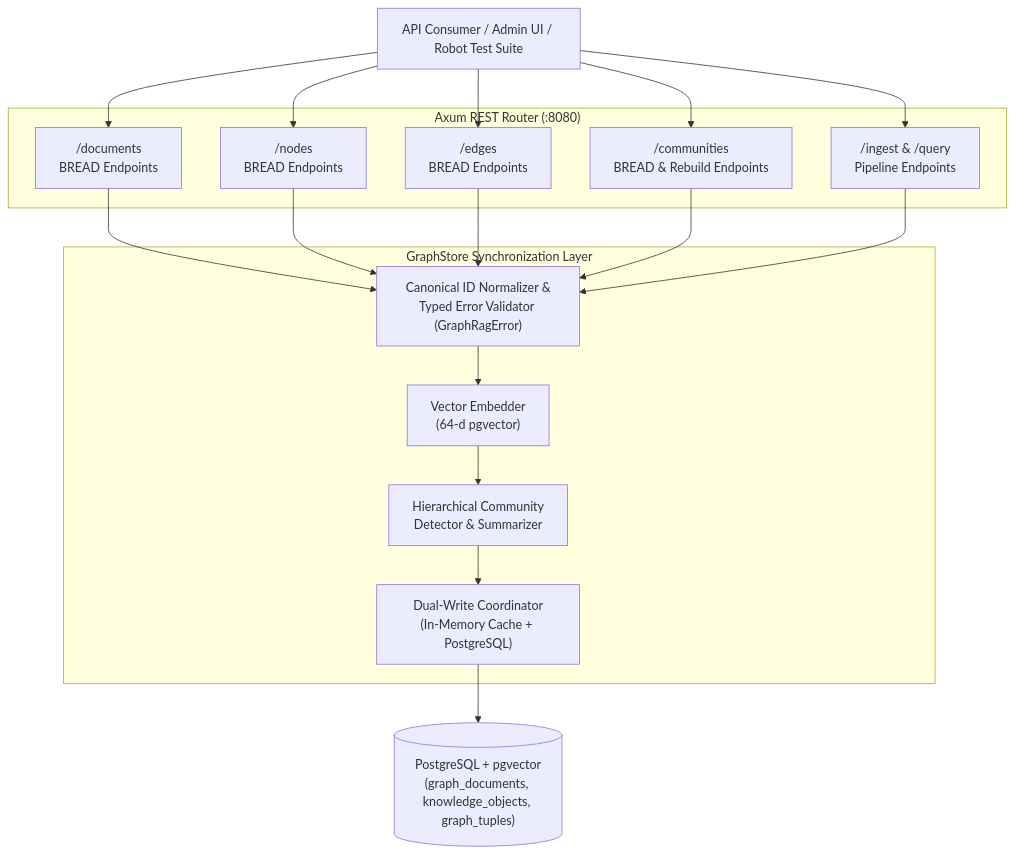
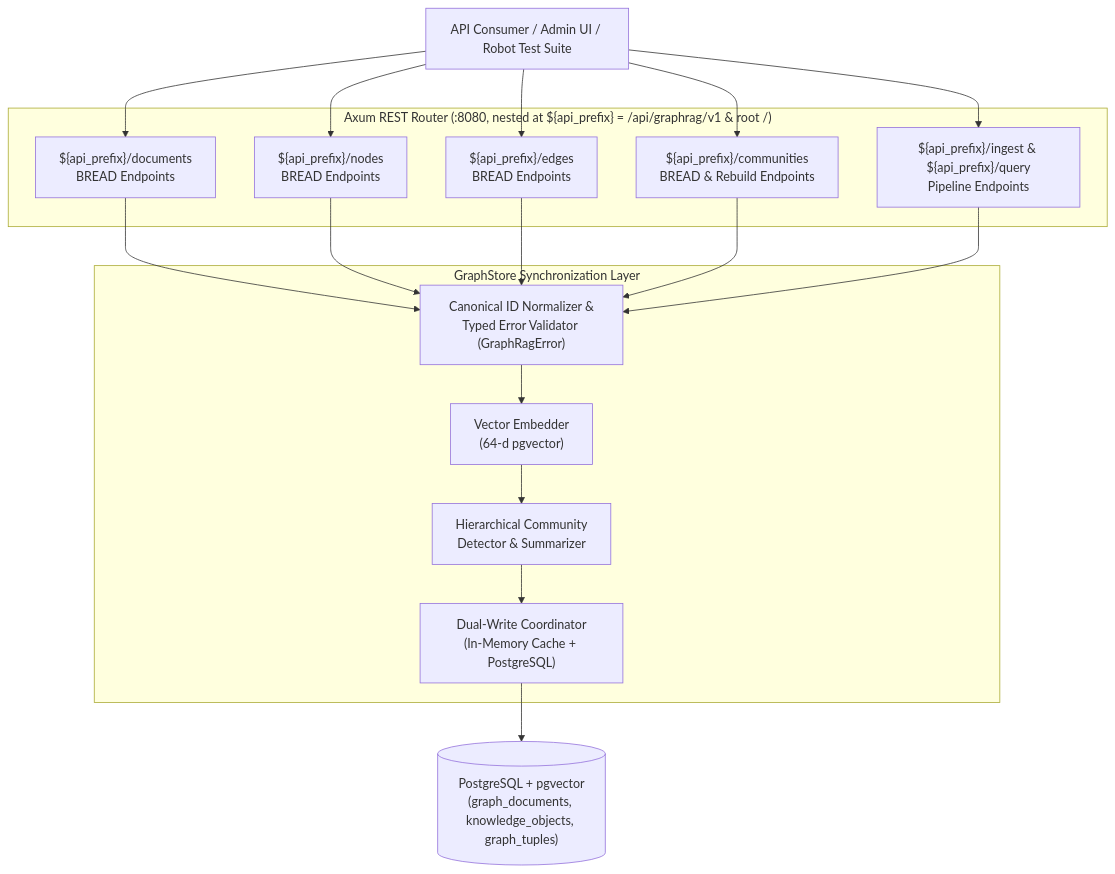
One commit to PolecatWorks/Graphrag changed the second of 3 diagrams in spec/prds/graph-rag-api-bread-prd.md. Above: the diagram before and after it, drawn with Mermaid. The commit also changed other lines of this file and 13 other files, not shown here.

Commit message:
feat(routing): implement configurable api_prefix and Istio VirtualService composition

````diff
--- a/spec/prds/graph-rag-api-bread-prd.md
+++ b/spec/prds/graph-rag-api-bread-prd.md
@@ -54,38 +54,38 @@
 ```mermaid
 flowchart TD
     Client["API Consumer / Admin UI / Robot Test Suite"]
 
-    subgraph "Axum REST Router (:8080)"
-        DocsAPI["/documents\nBREAD Endpoints"]
-        NodesAPI["/nodes\nBREAD Endpoints"]
-        EdgesAPI["/edges\nBREAD Endpoints"]
-        CommAPI["/communities\nBREAD & Rebuild Endpoints"]
-        PipelineAPI["/ingest & /query\nPipeline Endpoints"]
+    subgraph "Axum REST Router (:8080, nested at ${api_prefix} = /api/graphrag/v1 & root /)"
+        DocsAPI["${api_prefix}/documents\nBREAD Endpoints"]
+        NodesAPI["${api_prefix}/nodes\nBREAD Endpoints"]
+        EdgesAPI["${api_prefix}/edges\nBREAD Endpoints"]
+        CommAPI["${api_prefix}/communities\nBREAD & Rebuild Endpoints"]
+        PipelineAPI["${api_prefix}/ingest & ${api_prefix}/query\nPipeline Endpoints"]
     end
 
     subgraph "GraphStore Synchronization Layer"
         Validator["Canonical ID Normalizer &\nTyped Error Validator (GraphRagError)"]
         Embedder["Vector Embedder\n(64-d pgvector)"]
         Summarizer["Hierarchical Community\nDetector & Summarizer"]
         DualStore["Dual-Write Coordinator\n(In-Memory Cache + PostgreSQL)"]
     end
 
     PG[("PostgreSQL + pgvector\n(graph_documents, knowledge_objects, graph_tuples)")]
 
     Client --> DocsAPI
     Client --> NodesAPI
     Client --> EdgesAPI
     Client --> CommAPI
     Client --> PipelineAPI
 
     DocsAPI --> Validator
     NodesAPI --> Validator
     EdgesAPI --> Validator
     CommAPI --> Validator
     PipelineAPI --> Validator
 
     Validator --> Embedder
     Embedder --> Summarizer
     Summarizer --> DualStore
     DualStore --> PG
 ```
````
